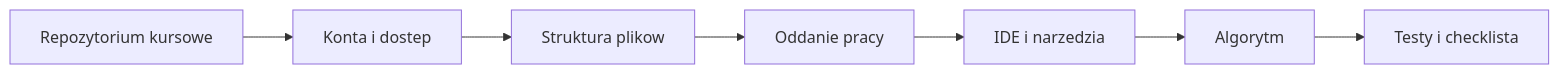
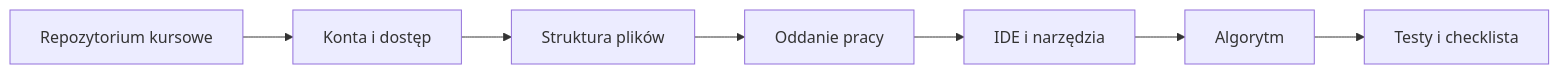
The diagram in src/01-organizacja/README.md (tborzyszkowski/warsztat-programisty-pjatk), drawn with Mermaid before and after one commit. The commit also changed other lines of this file and 10 other files, not shown here.

Commit message:
Fix typos and improve language consistency in documentation and code comments across multiple files; update diagrams for clarity and correctness.

````diff
--- a/src/01-organizacja/README.md
+++ b/src/01-organizacja/README.md
@@ -40,9 +40,9 @@
 ```mermaid
 flowchart LR
-    A[Repozytorium kursowe] --> B[Konta i dostep]
-    B --> C[Struktura plikow]
+    A[Repozytorium kursowe] --> B[Konta i dostęp]
+    B --> C[Struktura plików]
     C --> D[Oddanie pracy]
-    D --> E[IDE i narzedzia]
+    D --> E[IDE i narzędzia]
     E --> F[Algorytm]
     F --> G[Testy i checklista]
 ```
````
